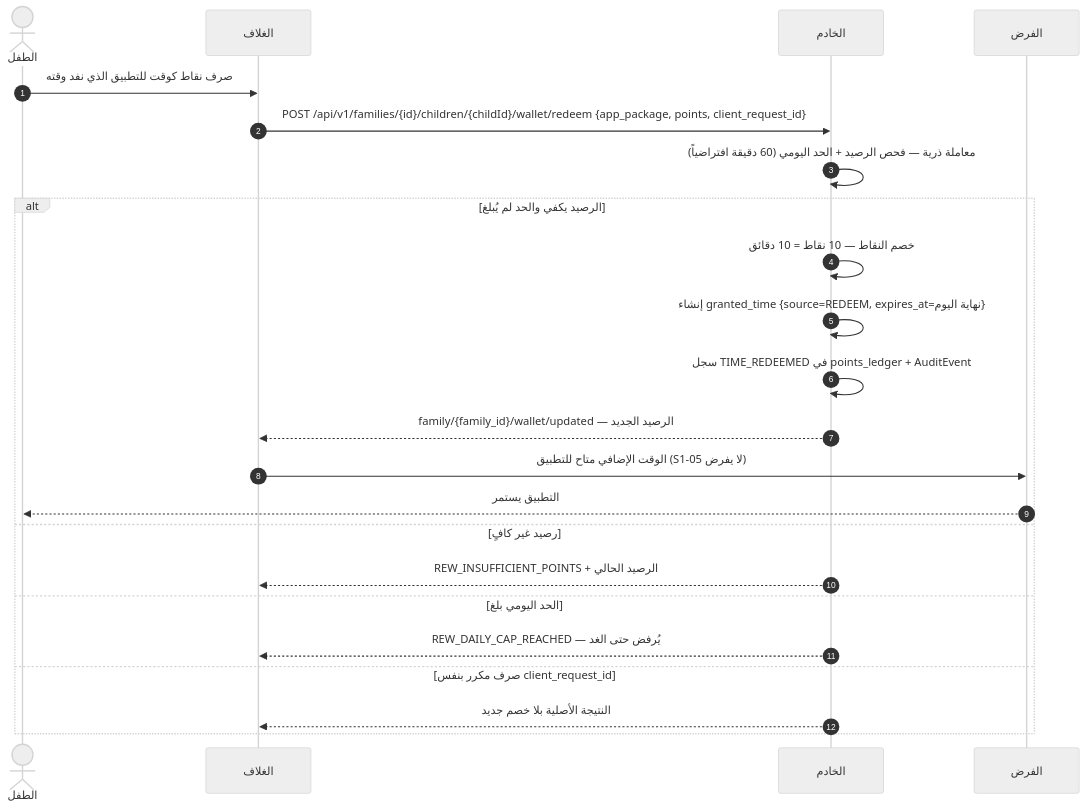
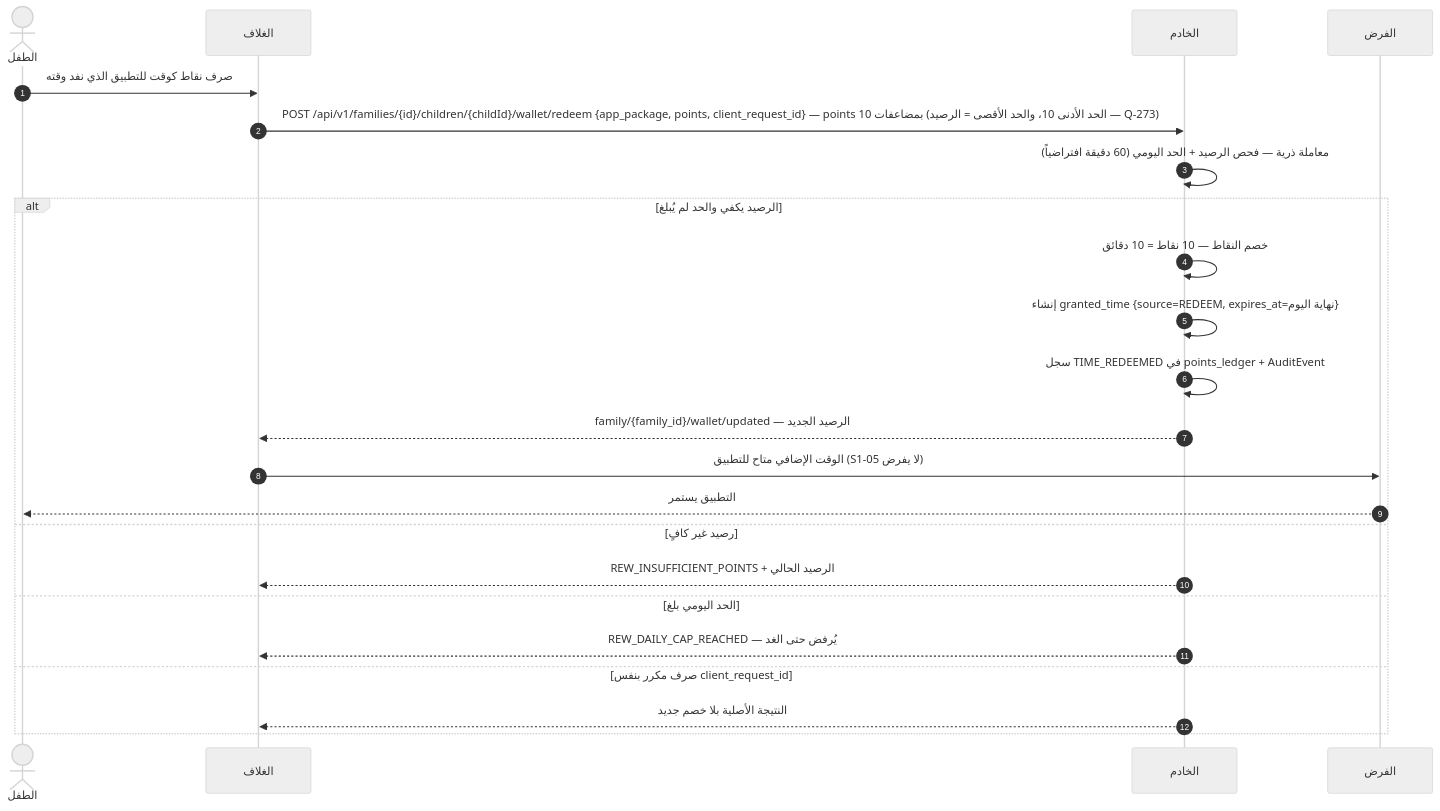
Before and after one commit to Bassam-mohammed-alqaeadi/family-os-v2: the fourth of 12 diagrams in docs/family-os/governance/phases/phase-1/S1-05-rewards-children/DIAGRAMS.md, drawn with Mermaid (neutral theme). The commit also changed other lines of this file and 1 other file, not shown here.

Commit message:
S1-05 R2-S105-08 (Q-273): الصرف بخطوات ثابتة 10 نقاط؛ الأدنى 10 والأقصى = الرصيد

````diff
--- a/docs/family-os/governance/phases/phase-1/S1-05-rewards-children/DIAGRAMS.md
+++ b/docs/family-os/governance/phases/phase-1/S1-05-rewards-children/DIAGRAMS.md
@@ -253,25 +253,25 @@
 ```mermaid
 sequenceDiagram
     autonumber
     actor Child as الطفل
     participant Shell as الغلاف
     participant Ktor as الخادم
     participant S110 as الفرض
     Child->>Shell: صرف نقاط كوقت للتطبيق الذي نفد وقته
-    Shell->>Ktor: POST /api/v1/families/{id}/children/{childId}/wallet/redeem {app_package, points, client_request_id}
+    Shell->>Ktor: POST /api/v1/families/{id}/children/{childId}/wallet/redeem {app_package, points, client_request_id} — points بمضاعفات 10 (الحد الأدنى 10، والحد الأقصى = الرصيد — Q-273)
     Ktor->>Ktor: معاملة ذرية — فحص الرصيد + الحد اليومي (60 دقيقة افتراضياً)
     alt الرصيد يكفي والحد لم يُبلغ
         Ktor->>Ktor: خصم النقاط — 10 نقاط = 10 دقائق
         Ktor->>Ktor: إنشاء granted_time {source=REDEEM, expires_at=نهاية اليوم}
         Ktor->>Ktor: سجل TIME_REDEEMED في points_ledger + AuditEvent
         Ktor-->>Shell: family/{family_id}/wallet/updated — الرصيد الجديد
         Shell->>S110: الوقت الإضافي متاح للتطبيق (S1-05 لا يفرض)
         S110-->>Child: التطبيق يستمر
     else رصيد غير كافٍ
         Ktor-->>Shell: REW_INSUFFICIENT_POINTS + الرصيد الحالي
     else الحد اليومي بلغ
         Ktor-->>Shell: REW_DAILY_CAP_REACHED — يُرفض حتى الغد
     else صرف مكرر بنفس client_request_id
         Ktor-->>Shell: النتيجة الأصلية بلا خصم جديد
     end
 ```
````
